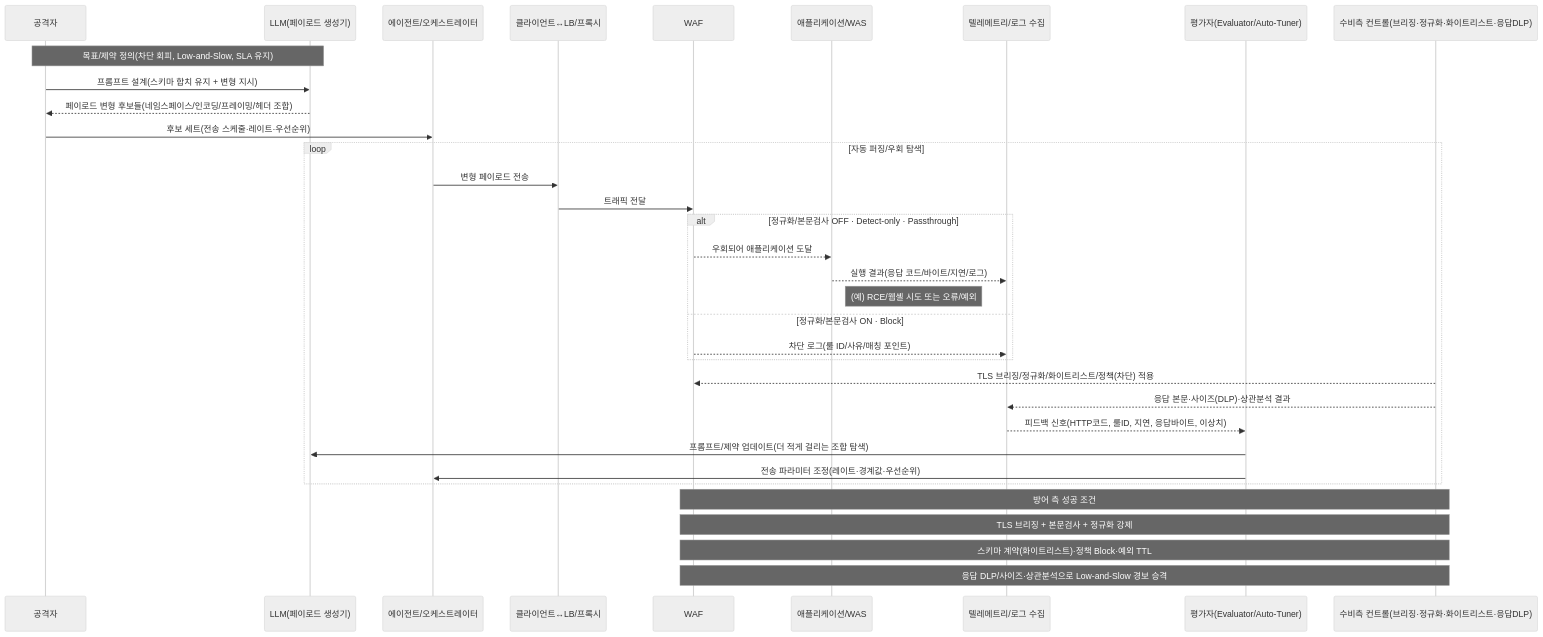
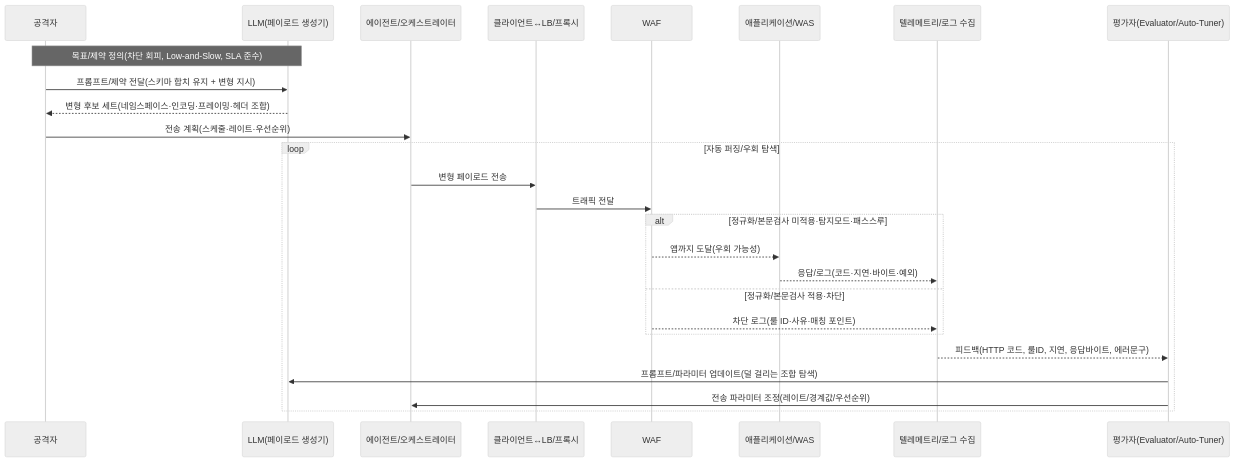
Before and after one commit to qubitsec/blog: the diagram in content/ko/tech/ai-waf-bypass.md, drawn with Mermaid (neutral theme). The commit also changed other lines of this file, not shown here.

`````diff
--- a/content/ko/tech/ai-waf-bypass.md
+++ b/content/ko/tech/ai-waf-bypass.md
@@ -27,43 +27,32 @@
 ```mermaid
 sequenceDiagram
-    %% 시퀀스 다이어그램: LLM 보조 WAF 우회(방어 관점)
+    %% LLM 보조 WAF 우회 (공격자 관점 요약)
     participant A as 공격자
     participant G as LLM(페이로드 생성기)
     participant O as 에이전트/오케스트레이터
     participant L as 클라이언트↔LB/프록시
     participant W as WAF
     participant S as 애플리케이션/WAS
     participant T as 텔레메트리/로그 수집
     participant E as 평가자(Evaluator/Auto-Tuner)
-    participant D as 수비측 컨트롤(브리징·정규화·화이트리스트·응답DLP)
 
-    Note over A,G: 목표/제약 정의(차단 회피, Low-and-Slow, SLA 유지)
-    A->>G: 프롬프트 설계(스키마 합치 유지 + 변형 지시)
-    G-->>A: 페이로드 변형 후보들(네임스페이스/인코딩/프레이밍/헤더 조합)
-    A->>O: 후보 세트(전송 스케줄·레이트·우선순위)
+    Note over A,G: 목표/제약 정의(차단 회피, Low-and-Slow, SLA 준수)
+    A->>G: 프롬프트/제약 전달(스키마 합치 유지 + 변형 지시)
+    G-->>A: 변형 후보 세트(네임스페이스·인코딩·프레이밍·헤더 조합)
+    A->>O: 전송 계획(스케줄·레이트·우선순위)
 
     loop 자동 퍼징/우회 탐색
         O->>L: 변형 페이로드 전송
         L->>W: 트래픽 전달
-        alt 정규화/본문검사 OFF · Detect-only · Passthrough
-            W-->>S: 우회되어 애플리케이션 도달
-            S-->>T: 실행 결과(응답 코드/바이트/지연/로그)
-            Note right of S: (예) RCE/웹셸 시도 또는 오류/예외
-        else 정규화/본문검사 ON · Block
-            W-->>T: 차단 로그(룰 ID/사유/매칭 포인트)
+        alt 정규화/본문검사 미적용·탐지모드·패스스루
+            W-->>S: 앱까지 도달(우회 가능성)
+            S-->>T: 응답/로그(코드·지연·바이트·예외)
+        else 정규화/본문검사 적용·차단
+            W-->>T: 차단 로그(룰 ID·사유·매칭 포인트)
         end
 
-        %% 수비 측 훅: 가시성/대응 신호가 모두 T로 취합됨
-        D-->>W: TLS 브리징/정규화/화이트리스트/정책(차단) 적용
-        D-->>T: 응답 본문·사이즈(DLP)·상관분석 결과
-        T-->>E: 피드백 신호(HTTP코드, 룰ID, 지연, 응답바이트, 이상치)
-
-        E->>G: 프롬프트/제약 업데이트(더 적게 걸리는 조합 탐색)
-        E->>O: 전송 파라미터 조정(레이트·경계값·우선순위)
+        T-->>E: 피드백(HTTP 코드, 룰ID, 지연, 응답바이트, 에러문구)
+        E->>G: 프롬프트/파라미터 업데이트(덜 걸리는 조합 탐색)
+        E->>O: 전송 파라미터 조정(레이트/경계값/우선순위)
     end
-
-    Note over D,W: 방어 측 성공 조건
-    Note over D,W: TLS 브리징 + 본문검사 + 정규화 강제
-    Note over D,W: 스키마 계약(화이트리스트)·정책 Block·예외 TTL
-    Note over D,W: 응답 DLP/사이즈·상관분석으로 Low-and-Slow 경보 승격
 ````
`````
